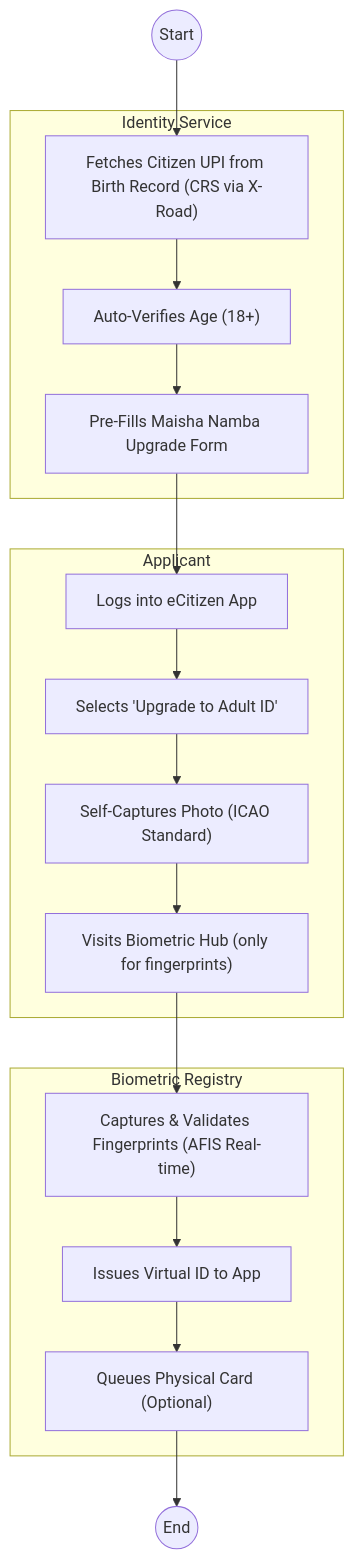
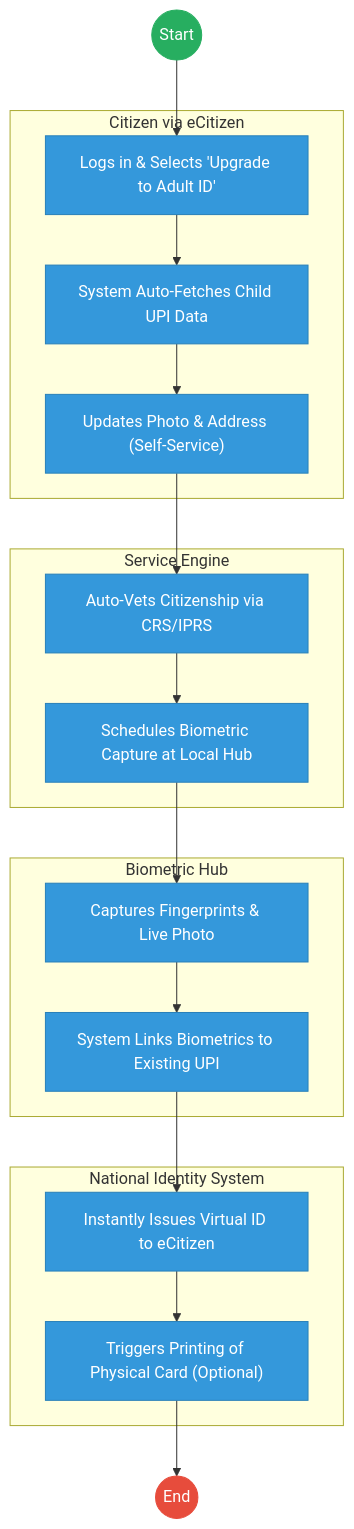
The second of 2 diagrams in mdas/docs_final/_NATIONAL_REGISTRATION_BUREAU_NRB____Service_Delivery.md (BITZ-IT-Consulting-LTD/ictapoc), drawn with Mermaid before and after one commit. The commit also changed other lines of this file and 461 other files, not shown here.

````diff
--- a/mdas/docs_final/_NATIONAL_REGISTRATION_BUREAU_NRB____Service_Delivery.md
+++ b/mdas/docs_final/_NATIONAL_REGISTRATION_BUREAU_NRB____Service_Delivery.md
@@ -132,31 +137,44 @@
 ```mermaid
 graph TD
     Start((Start)) --> S1
-    subgraph WoG_Platform [Identity Service]
-        S1["Fetches Citizen UPI from Birth Record (CRS via X-Road)"]
-        S2["Auto-Verifies Age (18+)"]
-        S3["Pre-Fills Maisha Namba Upgrade Form"]
+
+    subgraph Citizen [Citizen via eCitizen]
+        S1["Logs in & Selects 'Upgrade to Adult ID'"]
+        S2["System Auto-Fetches Child UPI Data"]
+        S3["Updates Photo & Address (Self-Service)"]
     end
-    subgraph Citizen [Applicant]
-        S4["Logs into eCitizen App"]
-        S5["Selects 'Upgrade to Adult ID'"]
-        S6["Self-Captures Photo (ICAO Standard)"]
-        S7["Visits Biometric Hub (only for fingerprints)"]
+
+    subgraph WoG_Platform [Service Engine]
+        S4["Auto-Vets Citizenship via CRS/IPRS"]
+        S5["Schedules Biometric Capture at Local Hub"]
     end
-    subgraph NRB_System [Biometric Registry]
-        S8["Captures & Validates Fingerprints (AFIS Real-time)"]
-        S9["Issues Virtual ID to App"]
-        S10["Queues Physical Card (Optional)"]
+
+    subgraph Registration_Officer [Biometric Hub]
+        S6["Captures Fingerprints & Live Photo"]
+        S7["System Links Biometrics to Existing UPI"]
+    end
+
+    subgraph NRB_Core [National Identity System]
+        S8["Instantly Issues Virtual ID to eCitizen"]
+        S9["Triggers Printing of Physical Card (Optional)"]
     end
     
     S1 --> S2
     S2 --> S3
     S3 --> S4
     S4 --> S5
     S5 --> S6
     S6 --> S7
     S7 --> S8
     S8 --> S9
-    S9 --> S10
-    S10 --> End((End))
+    S9 --> End((End))
+
+    classDef start fill:#27ae60,stroke:#27ae60,color:#fff;
+    classDef endNode fill:#e74c3c,stroke:#e74c3c,color:#fff;
+    classDef userTask fill:#3498db,stroke:#2980b9,color:#fff;
+    classDef serviceTask fill:#9b59b6,stroke:#8e44ad,color:#fff;
+
+    class Start start;
+    class End endNode;
+    class S1,S2,S3,S4,S5,S6,S7,S8,S9 userTask;
 ```
````
